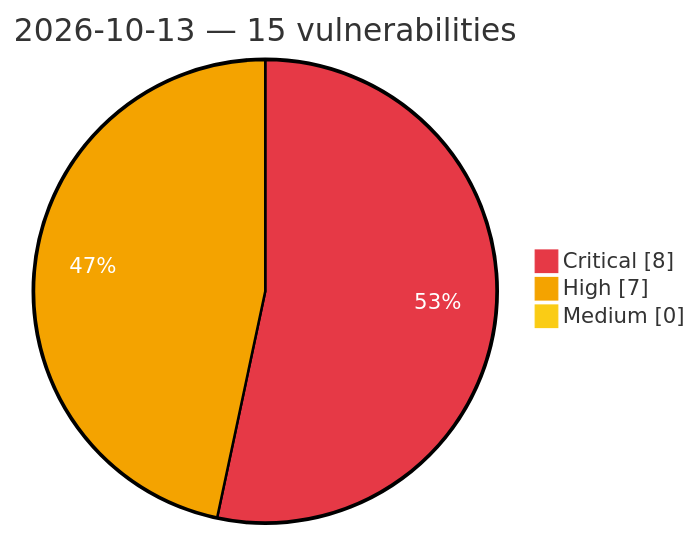
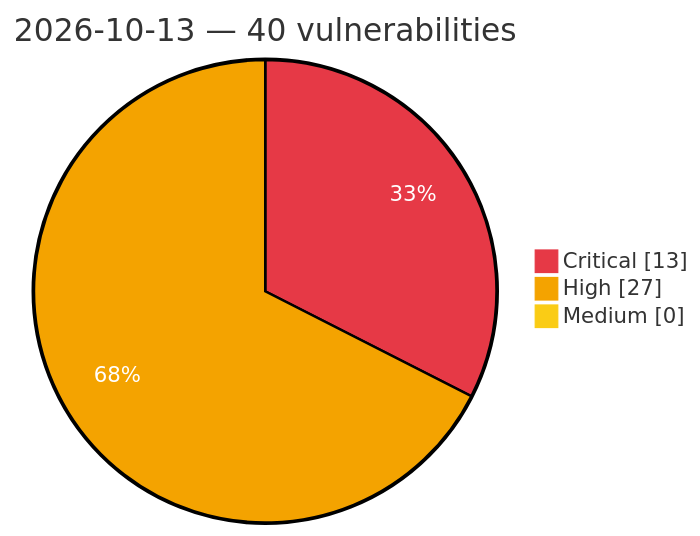
Before and after one commit to GhostX0X/vuln-tracker: the diagram in vulnerabilities/2026/October/2026-10-13.md, drawn with Mermaid. The commit also changed other lines of this file and 5 other files, not shown here.

Commit message:
Auto update: critical/high vulns (2026-10-13 15:57 UTC)

````diff
--- a/vulnerabilities/2026/October/2026-10-13.md
+++ b/vulnerabilities/2026/October/2026-10-13.md
@@ -3,8 +3,8 @@
 ```mermaid
 %%{init: {'theme':'base', 'themeVariables': {'pie1':'#e63946', 'pie2':'#f4a300', 'pie3':'#facc15', 'pieOpacity':'1', 'pieOuterStrokeWidth':'2px', 'pieSectionTextColor':'#ffffff'}}}%%
 pie showData
-    title 2026-10-13 — 15 vulnerabilities
-    "Critical" : 8
-    "High" : 7
+    title 2026-10-13 — 40 vulnerabilities
+    "Critical" : 13
+    "High" : 27
     "Medium" : 0
 ```
````
